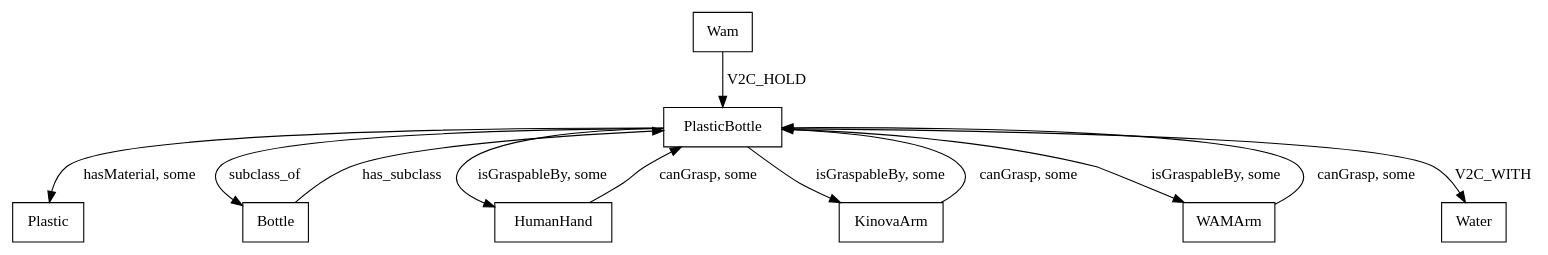
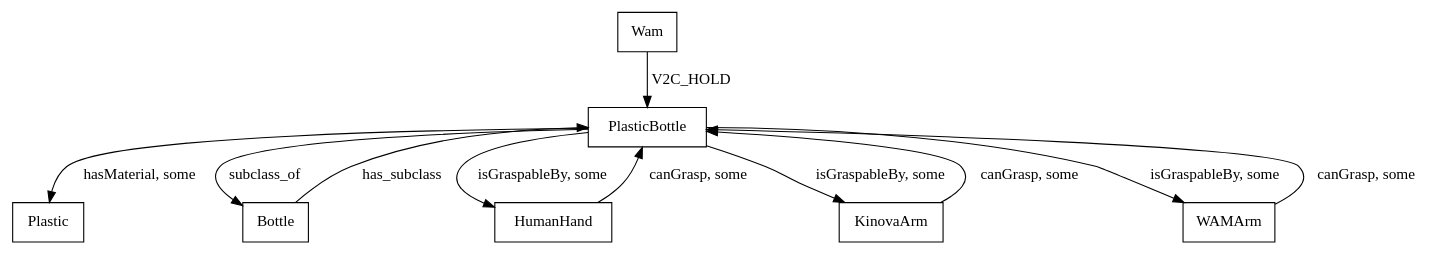
The diagram in experiments/demo/KG.gv (cjiang2/robot_semantics), drawn with Graphviz before and after one commit. The commit also changed 4 other files, not shown here.

```diff
--- a/experiments/demo/KG.gv
+++ b/experiments/demo/KG.gv
@@ -1,47 +1,43 @@
 digraph KG {
 	node [shape=box]
 	node [shape=box]
 	PlasticBottle
 	Plastic
 	PlasticBottle -> Plastic [label="hasMaterial, some"]
 	node [shape=box]
 	PlasticBottle
 	Bottle
 	PlasticBottle -> Bottle [label=subclass_of]
 	node [shape=box]
 	PlasticBottle
 	HumanHand
 	PlasticBottle -> HumanHand [label="isGraspableBy, some"]
 	node [shape=box]
 	PlasticBottle
 	KinovaArm
 	PlasticBottle -> KinovaArm [label="isGraspableBy, some"]
 	node [shape=box]
 	PlasticBottle
 	WAMArm
 	PlasticBottle -> WAMArm [label="isGraspableBy, some"]
 	node [shape=box]
 	Bottle
 	PlasticBottle
 	Bottle -> PlasticBottle [label=has_subclass]
 	node [shape=box]
 	HumanHand
 	PlasticBottle
 	HumanHand -> PlasticBottle [label="canGrasp, some"]
 	node [shape=box]
 	KinovaArm
 	PlasticBottle
 	KinovaArm -> PlasticBottle [label="canGrasp, some"]
 	node [shape=box]
 	WAMArm
 	PlasticBottle
 	WAMArm -> PlasticBottle [label="canGrasp, some"]
 	node [shape=box]
 	Wam
 	PlasticBottle
 	Wam -> PlasticBottle [label=V2C_HOLD]
-	node [shape=box]
-	PlasticBottle
-	Water
-	PlasticBottle -> Water [label=V2C_WITH]
 }
```
